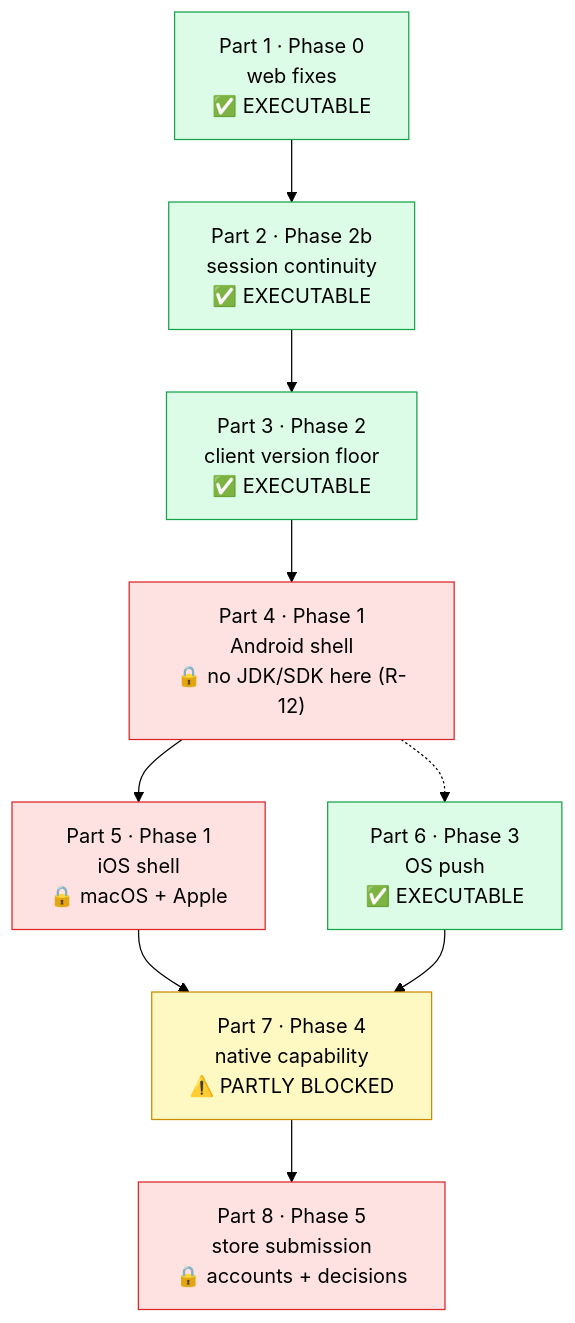
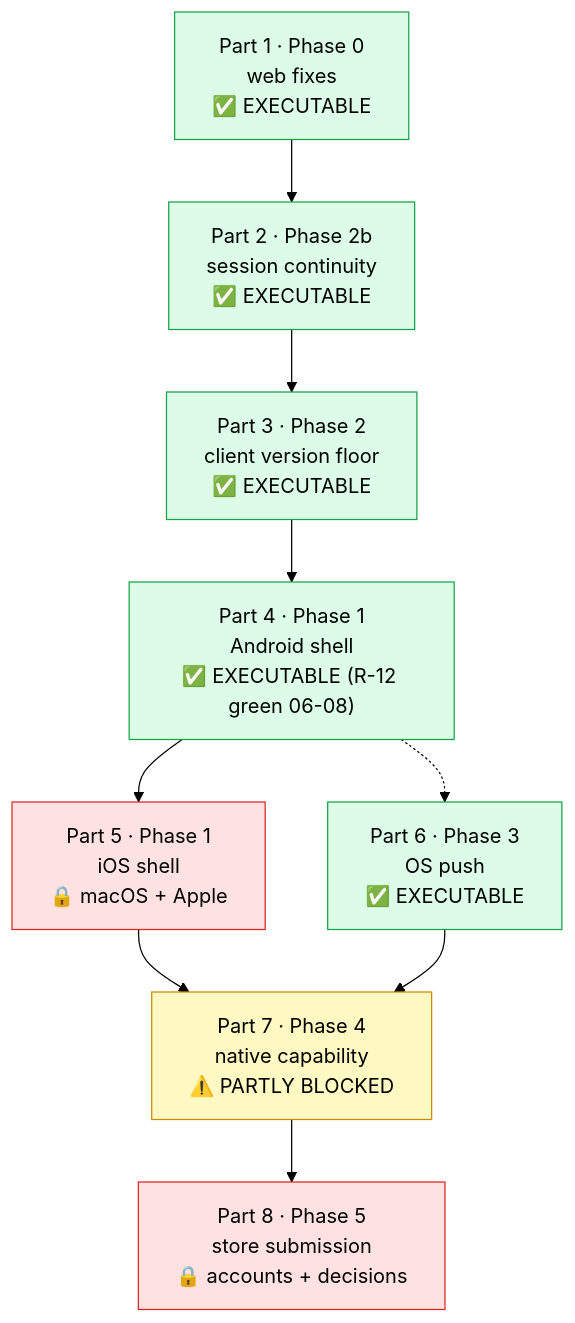
The diagram in features/mobile-native-shells/stories/README.md (oumayma-404/clinic-management), drawn with Mermaid (forest theme) before and after one commit. The commit also changed other lines of this file and 12 other files, not shown here.

````diff
--- a/features/mobile-native-shells/stories/README.md
+++ b/features/mobile-native-shells/stories/README.md
@@ -33,20 +33,20 @@
 ```mermaid
 graph TD
     P1["Part 1 · Phase 0<br/>web fixes<br/>✅ EXECUTABLE"] --> P2["Part 2 · Phase 2b<br/>session continuity<br/>✅ EXECUTABLE"]
     P2 --> P3["Part 3 · Phase 2<br/>client version floor<br/>✅ EXECUTABLE"]
-    P3 --> P4["Part 4 · Phase 1<br/>Android shell<br/>🔒 no JDK/SDK here (R-12)"]
+    P3 --> P4["Part 4 · Phase 1<br/>Android shell<br/>✅ EXECUTABLE (R-12 green 06-08)"]
     P4 --> P5["Part 5 · Phase 1<br/>iOS shell<br/>🔒 macOS + Apple"]
     P4 -.-> P6["Part 6 · Phase 3<br/>OS push<br/>✅ EXECUTABLE"]
     P5 --> P7["Part 7 · Phase 4<br/>native capability<br/>⚠️ PARTLY BLOCKED"]
     P6 --> P7
     P7 --> P8["Part 8 · Phase 5<br/>store submission<br/>🔒 accounts + decisions"]
 
     style P1 fill:#dcfce7,stroke:#16a34a
     style P2 fill:#dcfce7,stroke:#16a34a
     style P3 fill:#dcfce7,stroke:#16a34a
-    style P4 fill:#fee2e2,stroke:#dc2626
+    style P4 fill:#dcfce7,stroke:#16a34a
     style P5 fill:#fee2e2,stroke:#dc2626
     style P6 fill:#dcfce7,stroke:#16a34a
     style P7 fill:#fef9c3,stroke:#ca8a04
     style P8 fill:#fee2e2,stroke:#dc2626
 ```
````
